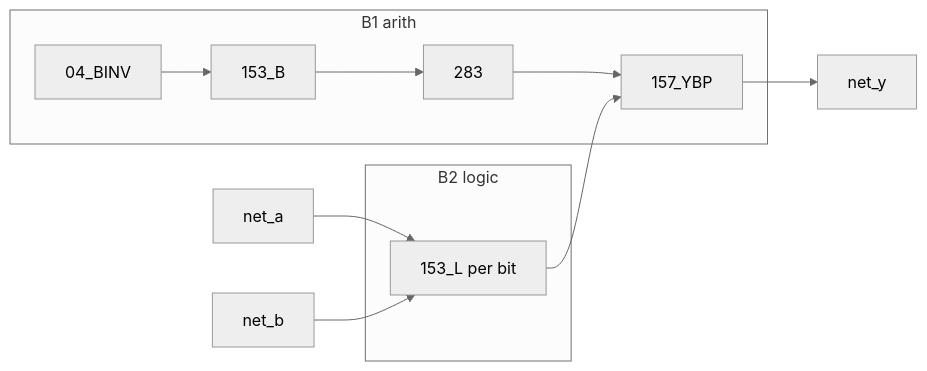
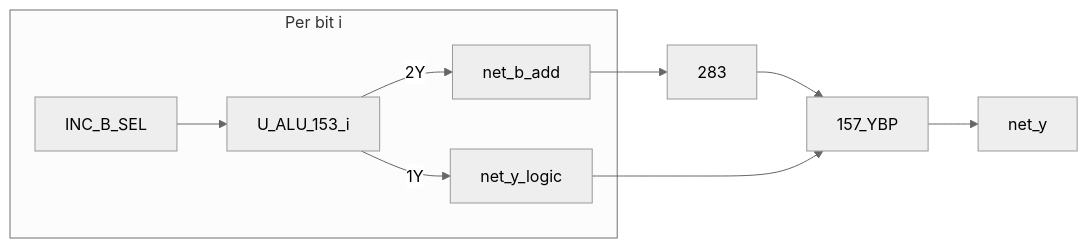
Before and after one commit to Flkalas/plover: the diagram in docs/normative/hardware/alu8-phase-b.md, drawn with Mermaid (neutral theme). The commit also changed other lines of this file and 13 other files, not shown here.

````diff
--- a/docs/normative/hardware/alu8-phase-b.md
+++ b/docs/normative/hardware/alu8-phase-b.md
@@ -15,17 +24,14 @@
 ```mermaid
 flowchart LR
-  subgraph arith [B1 arith]
-    Binv[04_BINV]
-    MUXB[153_B]
-    ADD[283]
-    YBP[157_YBP]
-    Binv --> MUXB --> ADD --> YBP
+  subgraph perbit [Per bit i]
+    INC[INC_B_SEL]
+    BIT[U_ALU_153_i]
+    INC --> BIT
+    BIT -->|1Y| Ylogic[net_y_logic]
+    BIT -->|2Y| Badd[net_b_add]
   end
-  subgraph logic [B2 logic]
-    SL[153_L per bit]
-    SL --> YBP
-  end
-  A[net_a] --> SL
-  B[net_b] --> SL
+  Badd --> ADD[283]
+  ADD --> YBP[157_YBP]
+  Ylogic --> YBP
   YBP --> Y[net_y]
 ```
````
